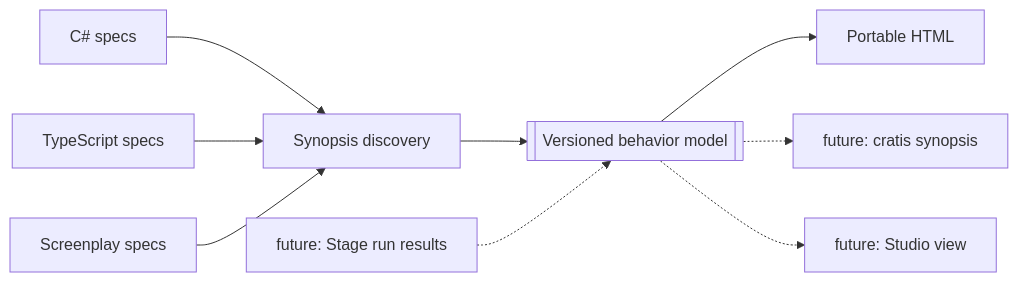
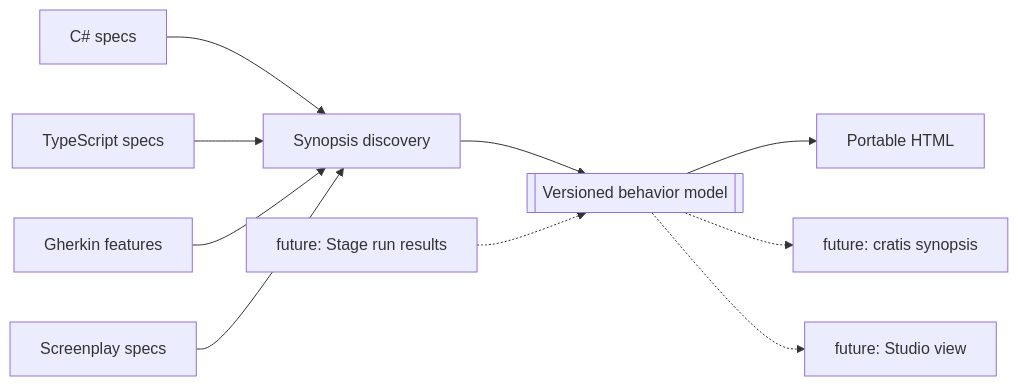
The diagram in README.md (Cratis/Synopsis), drawn with Mermaid before and after one commit. The commit also changed other lines of this file and 12 other files, not shown here.

````diff
--- a/README.md
+++ b/README.md
@@ -151,11 +155,12 @@
 ```mermaid
 flowchart LR
     CS["C# specs"] --> Discover["Synopsis discovery"]
     TS["TypeScript specs"] --> Discover
+    Gherkin["Gherkin features"] --> Discover
     Play["Screenplay specs"] --> Discover
     Discover --> Model[["Versioned behavior model"]]
     Model --> HTML["Portable HTML"]
     Model -.-> CLI["future: cratis synopsis"]
     Model -.-> Studio["future: Studio view"]
     Stage["future: Stage run results"] -.-> Model
 ```
````
